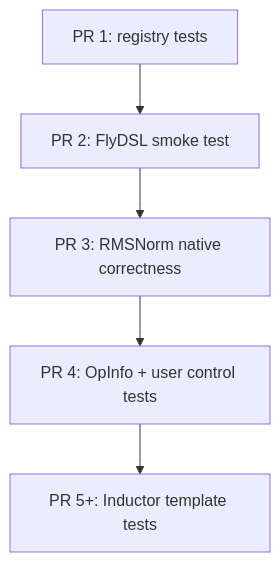
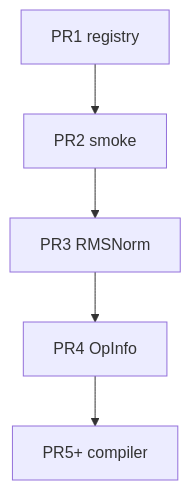
One commit to XiaobingSuper/FlyDSL changed the fifth of 5 diagrams in docs/pytorch_integration_rfc.md. Above: the diagram before and after it, drawn with Mermaid. The commit also changed other lines of this file and 1 other file, not shown here.

````diff
--- a/docs/pytorch_integration_rfc.md
+++ b/docs/pytorch_integration_rfc.md
@@ -348,7 +348,7 @@
 ```mermaid
 flowchart TB
-    A["PR 1: registry tests"] --> B["PR 2: FlyDSL smoke test"]
-    B --> C["PR 3: RMSNorm native correctness"]
-    C --> D["PR 4: OpInfo + user control tests"]
-    D --> E["PR 5+: Inductor template tests"]
+    A["PR1 registry"] --> B["PR2 smoke"]
+    B --> C["PR3 RMSNorm"]
+    C --> D["PR4 OpInfo"]
+    D --> E["PR5+ compiler"]
 ```
````
